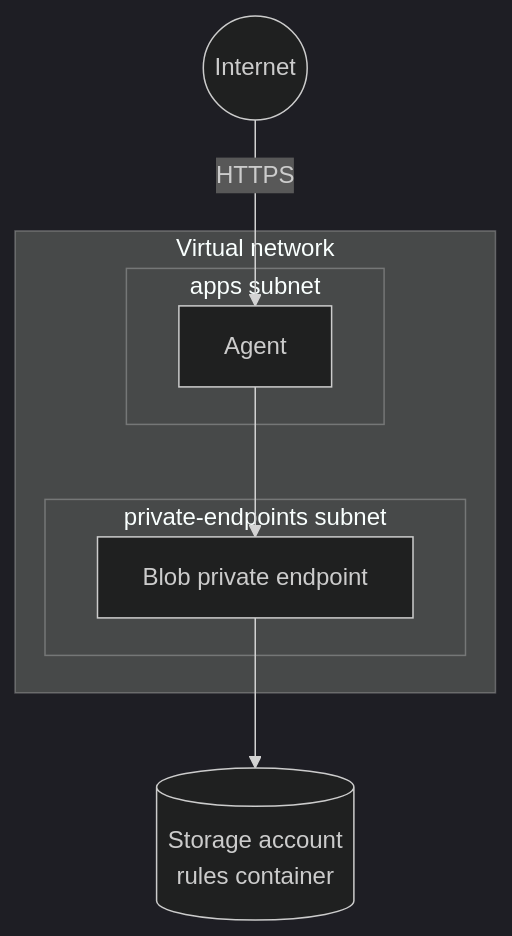
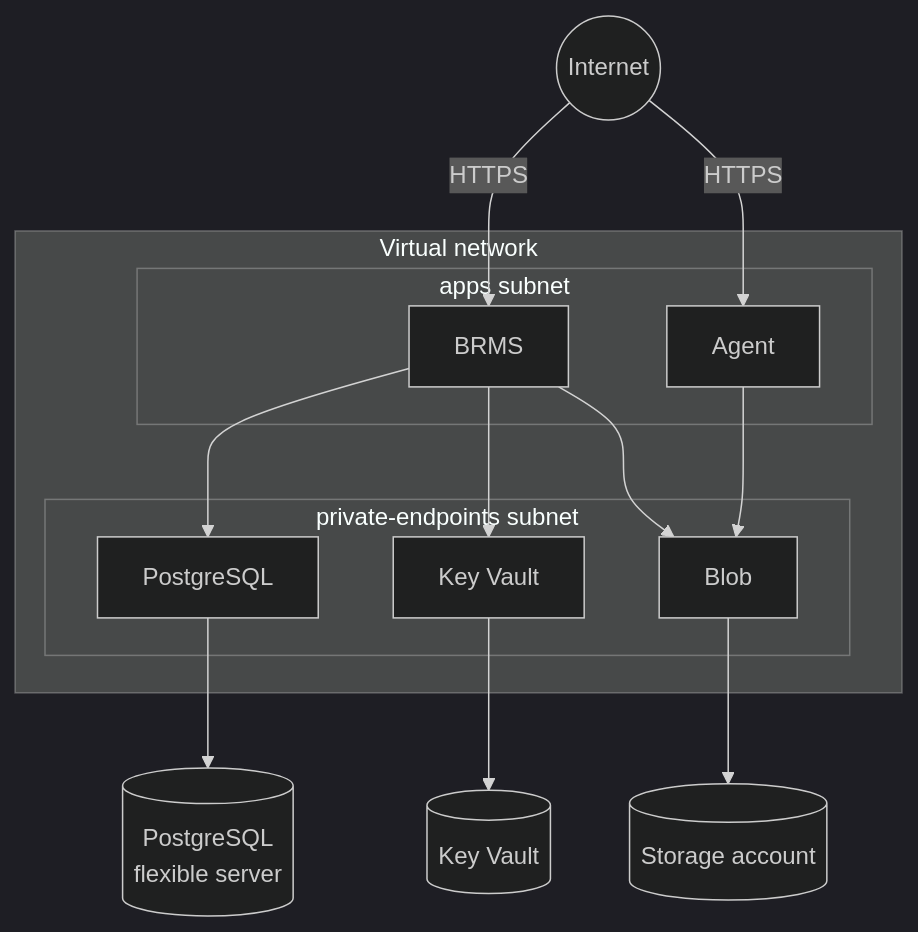
Before and after one commit to gorules/bicep-modules: the diagram in README.md, drawn with Mermaid (dark theme). The commit also changed other lines of this file and 9 other files, not shown here.

First line of the commit message:
feat: brms with postgresql and key vault (#2)

````diff
--- a/README.md
+++ b/README.md
@@ -14,19 +14,28 @@
 ```mermaid
 flowchart TB
     Internet((Internet))
 
     subgraph VNet["Virtual network"]
         subgraph Apps["apps subnet"]
+            BRMS[BRMS]
             Agent[Agent]
         end
 
         subgraph Endpoints["private-endpoints subnet"]
-            BlobPE[Blob private endpoint]
+            BlobPE[Blob]
+            VaultPE[Key Vault]
+            PostgresPE[PostgreSQL]
         end
     end
 
-    Storage[(Storage account<br/>rules container)]
+    Storage[(Storage account)]
+    Vault[(Key Vault)]
+    Postgres[(PostgreSQL<br/>flexible server)]
 
+    Internet -->|HTTPS| BRMS
     Internet -->|HTTPS| Agent
+    BRMS --> PostgresPE --> Postgres
+    BRMS --> VaultPE --> Vault
+    BRMS --> BlobPE
     Agent --> BlobPE --> Storage
 ```
````
